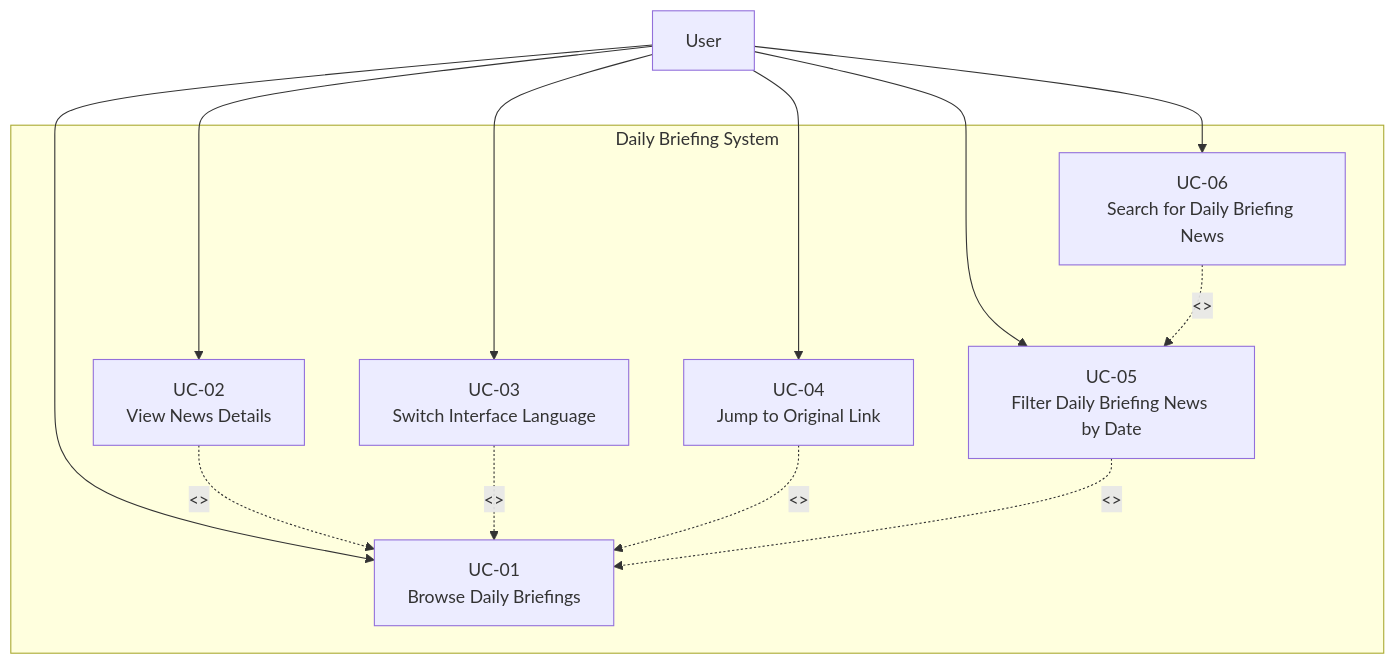
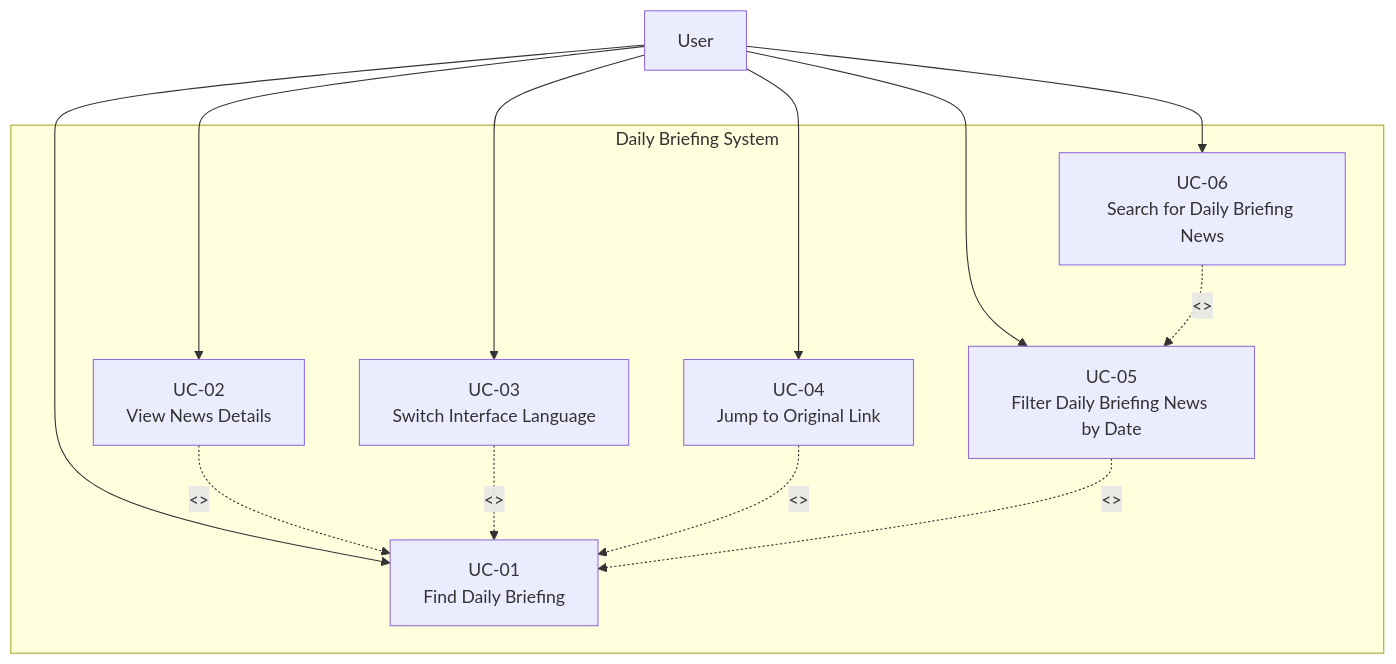
One commit to pzyllll/BridgeU changed the first of 27 diagrams in springboot-backend/BridgeU-SRS.md. Above: the diagram before and after it, drawn with Mermaid. The commit also changed other lines of this file and 2 other files, not shown here.

````diff
--- a/springboot-backend/BridgeU-SRS.md
+++ b/springboot-backend/BridgeU-SRS.md
@@ -189,27 +189,27 @@
 ```mermaid
 
 graph TB
     subgraph DailyBriefingSystem["Daily Briefing System"]
-        UC01["UC-01<br/>Browse Daily Briefings"]
+        UC01["UC-01<br/>Find Daily Briefing"]
         UC02["UC-02<br/>View News Details"]
         UC03["UC-03<br/>Switch Interface Language"]
         UC04["UC-04<br/>Jump to Original Link"]
         UC05["UC-05<br/>Filter Daily Briefing News by Date"]
         UC06["UC-06<br/>Search for Daily Briefing News"]
     end
     
     User["User"]
     
     User --> UC01
     User --> UC02
     User --> UC03
     User --> UC04
     User --> UC05
     User --> UC06
     
     UC02 -.->|<<extend>>| UC01
     UC03 -.->|<<extend>>| UC01
     UC04 -.->|<<extend>>| UC01
     UC05 -.->|<<extend>>| UC01
     UC06 -.->|<<extend>>| UC05
 ```
````
